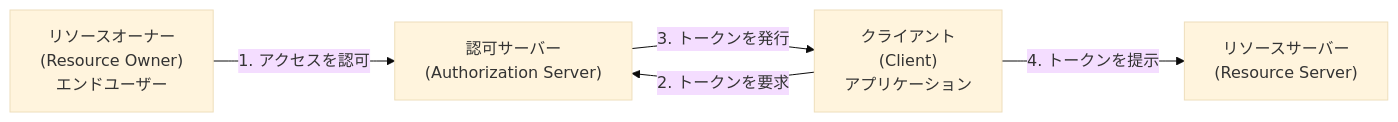
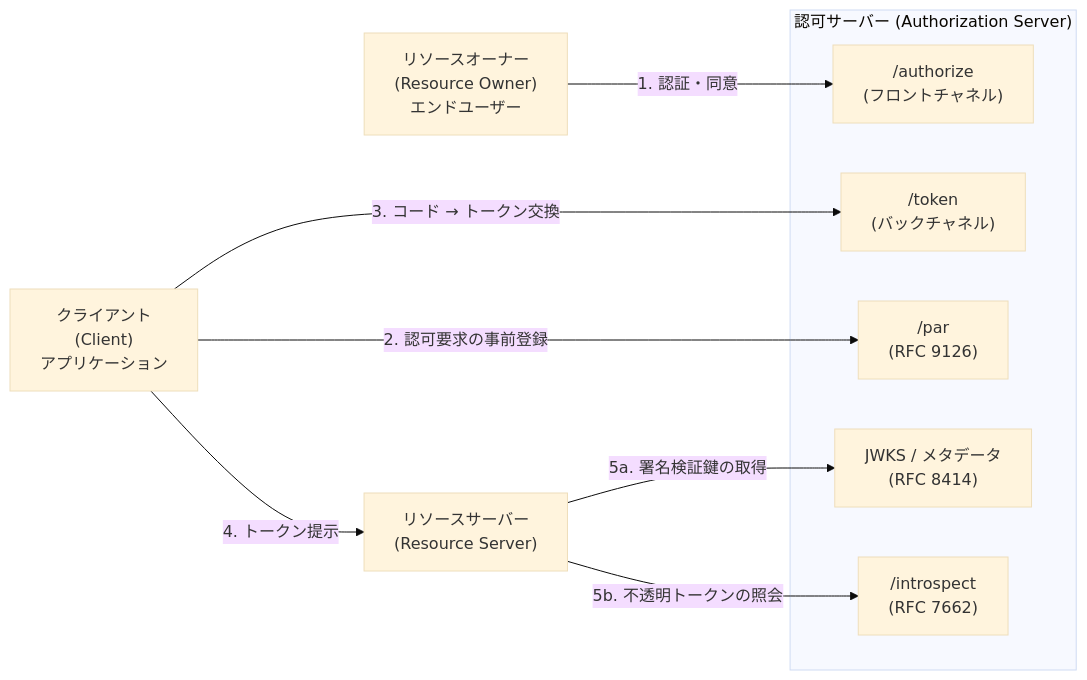
The first of 4 diagrams in software/apis/authentication-tokens-specification.md (takukobachi/daedalus), drawn with Mermaid (base theme) before and after one commit. The commit also changed other lines of this file and 97 other files, not shown here.

First line of the commit message:
docs: 既存ドキュメントの横断的な強化（構成・鮮度・出典・相互参照・図） (#92)

````diff
--- a/software/apis/authentication-tokens-specification.md
+++ b/software/apis/authentication-tokens-specification.md
@@ -139,12 +66,20 @@
 ```mermaid
-graph LR
+flowchart LR
     RO["リソースオーナー<br/>(Resource Owner)<br/>エンドユーザー"]
     C["クライアント<br/>(Client)<br/>アプリケーション"]
-    AS["認可サーバー<br/>(Authorization Server)"]
+    subgraph ASB ["認可サーバー (Authorization Server)"]
+        AZ["/authorize<br/>(フロントチャネル)"]
+        TK["/token<br/>(バックチャネル)"]
+        PAR["/par<br/>(RFC 9126)"]
+        JW["JWKS / メタデータ<br/>(RFC 8414)"]
+        IN["/introspect<br/>(RFC 7662)"]
+    end
     RS["リソースサーバー<br/>(Resource Server)"]
 
-    RO -- "1. アクセスを認可" --> AS
-    C -- "2. トークンを要求" --> AS
-    AS -- "3. トークンを発行" --> C
-    C -- "4. トークンを提示" --> RS
+    RO -- "1. 認証・同意" --> AZ
+    C -- "2. 認可要求の事前登録" --> PAR
+    C -- "3. コード → トークン交換" --> TK
+    C -- "4. トークン提示" --> RS
+    RS -- "5a. 署名検証鍵の取得" --> JW
+    RS -- "5b. 不透明トークンの照会" --> IN
 ```
````
